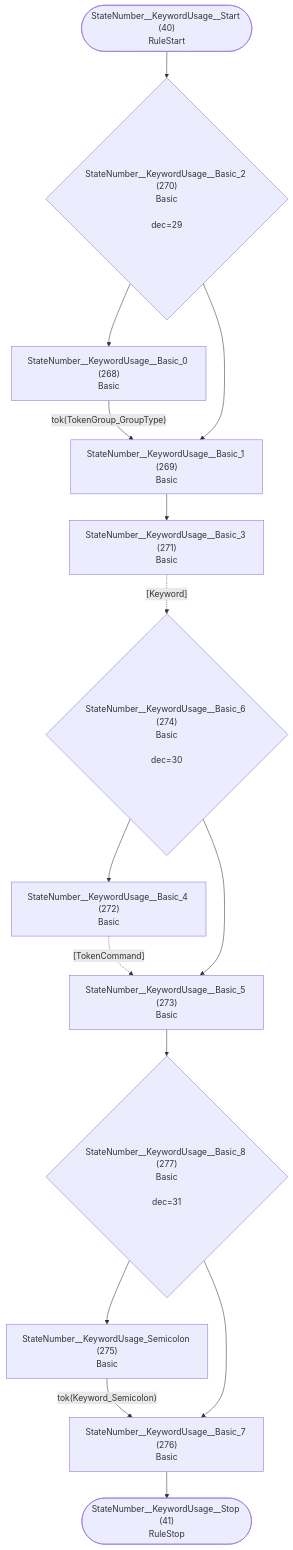
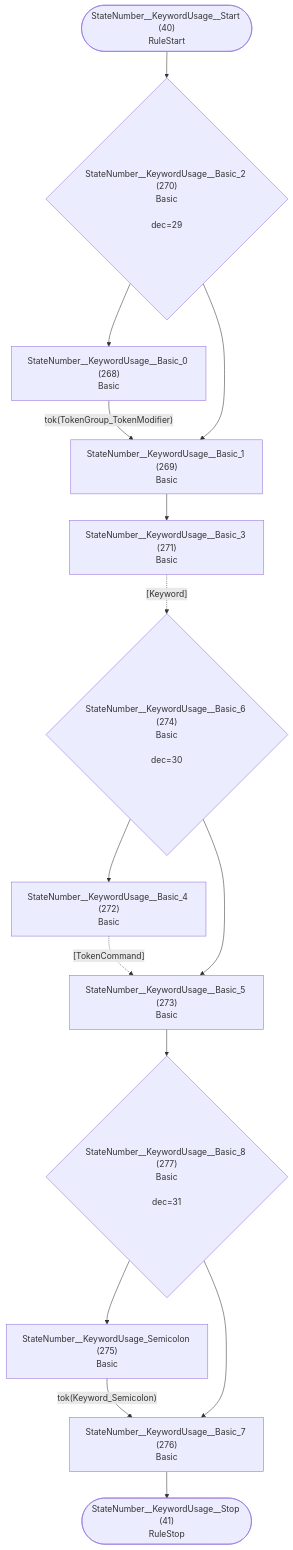
Diagram 21 of 37 in internal/grammar/atn.md (TypeFox/fastbelt), drawn with Mermaid before and after one commit. The commit also changed other lines of this file and 8 other files, not shown here.

Commit message:
Rename GroupType to TokenModifier

````diff
--- a/internal/grammar/atn.md
+++ b/internal/grammar/atn.md
@@ -634,30 +634,30 @@
 ```mermaid
 flowchart TD
     q40(["StateNumber__KeywordUsage__Start (40)<br/>RuleStart"])
     q41(["StateNumber__KeywordUsage__Stop (41)<br/>RuleStop"])
     q268["StateNumber__KeywordUsage__Basic_0 (268)<br/>Basic<br/>"]
     q269["StateNumber__KeywordUsage__Basic_1 (269)<br/>Basic<br/>"]
     q270{"StateNumber__KeywordUsage__Basic_2 (270)<br/>Basic<br/><br/>dec=29"}
     q271["StateNumber__KeywordUsage__Basic_3 (271)<br/>Basic<br/>"]
     q272["StateNumber__KeywordUsage__Basic_4 (272)<br/>Basic<br/>"]
     q273["StateNumber__KeywordUsage__Basic_5 (273)<br/>Basic<br/>"]
     q274{"StateNumber__KeywordUsage__Basic_6 (274)<br/>Basic<br/><br/>dec=30"}
     q275["StateNumber__KeywordUsage_Semicolon (275)<br/>Basic<br/>"]
     q276["StateNumber__KeywordUsage__Basic_7 (276)<br/>Basic<br/>"]
     q277{"StateNumber__KeywordUsage__Basic_8 (277)<br/>Basic<br/><br/>dec=31"}
 
     q40 --> q270
-    q268 -->|"tok(TokenGroup_GroupType)"| q269
+    q268 -->|"tok(TokenGroup_TokenModifier)"| q269
     q269 --> q271
     q270 --> q268
     q270 --> q269
     q271 -.->|"[Keyword]"| q274
     q272 -.->|"[TokenCommand]"| q273
     q273 --> q277
     q274 --> q272
     q274 --> q273
     q275 -->|"tok(Keyword_Semicolon)"| q276
     q276 --> q41
     q277 --> q275
     q277 --> q276
 ```
````
